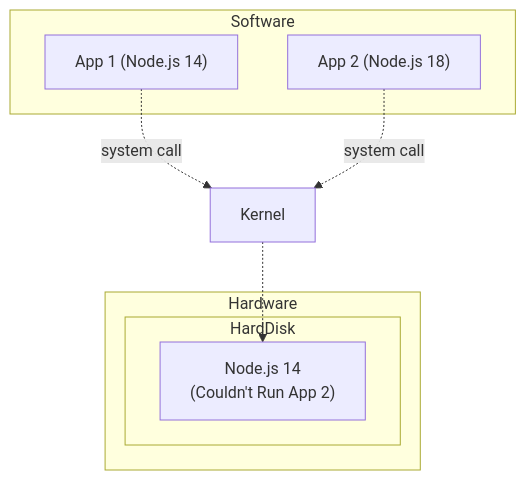
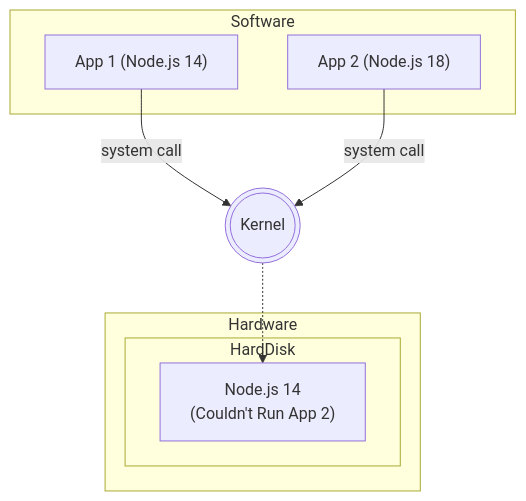
Before and after one commit to ChiuWeiChung/notes-markdown: the fifth of 8 diagrams in Docker/1-why_use_docker.md, drawn with Mermaid. The commit also changed other lines of this file and 43 other files, not shown here.

````diff
--- a/Docker/1-why_use_docker.md
+++ b/Docker/1-why_use_docker.md
@@ -207,20 +206,20 @@
 ```mermaid
 flowchart TD
     subgraph Software
-      sp["App 1 (Node.js 14)"]
-      ap["App 2 (Node.js 18)"]
+        sp["App 1 (Node.js 14)"]
+        ap["App 2 (Node.js 18)"]
     end
         
     subgraph Hardware
-      subgraph HardDisk
-        node18["Node.js 14
-          (Couldn't Run App 2)
-        "]
-      end
+        subgraph HardDisk
+            node18["Node.js 14<br>(Couldn't Run App 2)"]
+        end
     end
 
-    sp-.system call.->Kernel
-    ap-.system call.->Kernel
+    Kernel(((Kernel)))
+
+    sp -->|system call| Kernel
+    ap -->|system call| Kernel
     
-    Kernel-.->node18
+    Kernel -.-> node18
 ```
````
